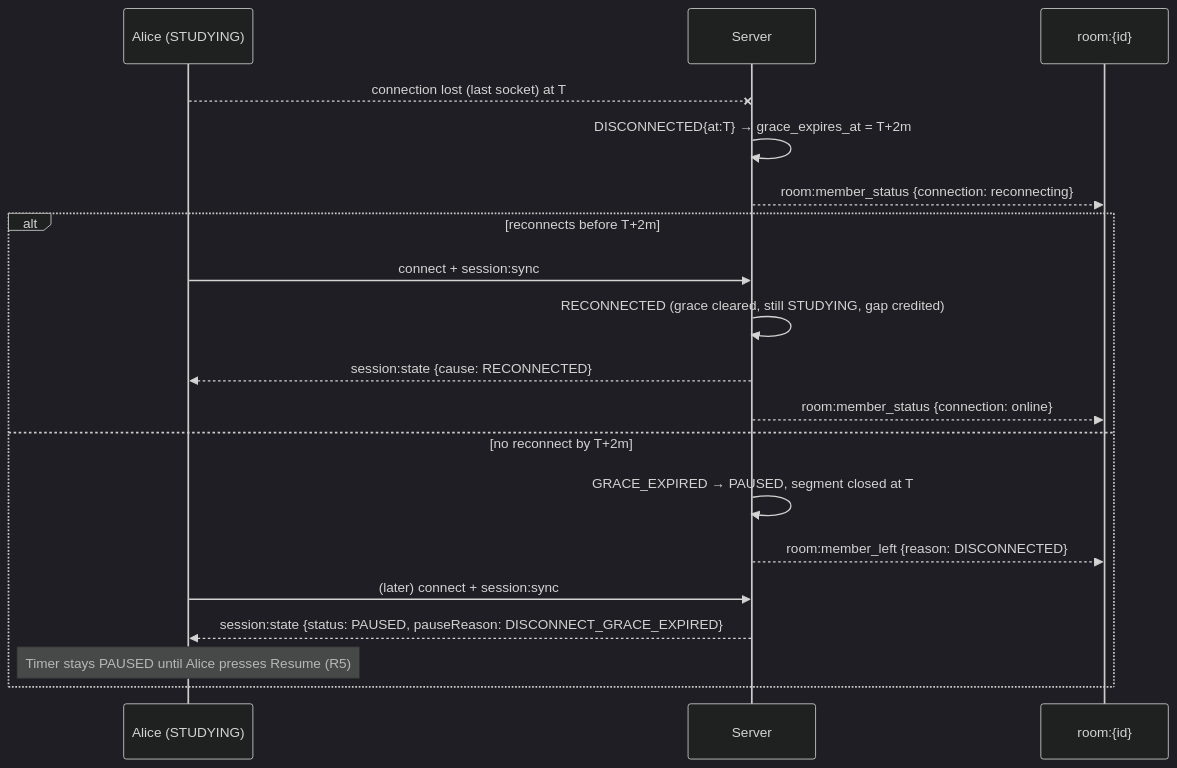
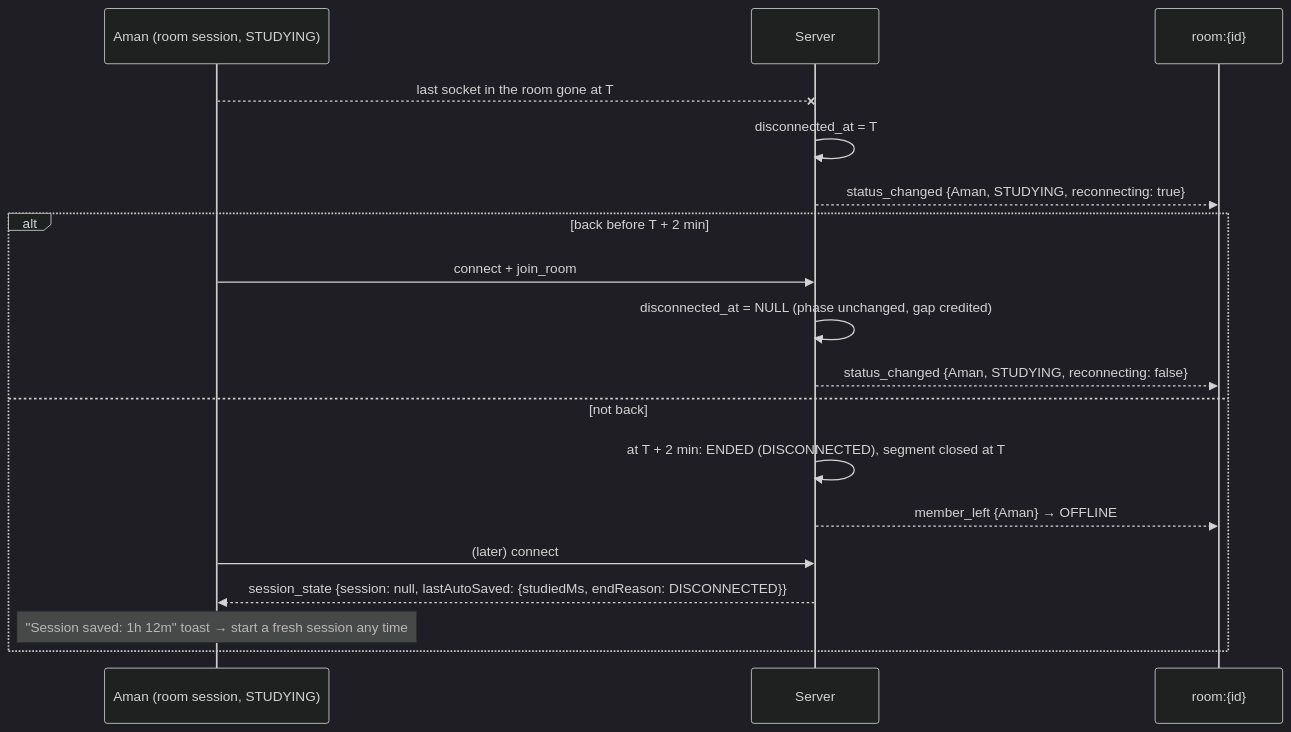
The fourth of 5 diagrams in API_DESIGN.md (Atharvaajain/StudySync), drawn with Mermaid (dark theme) before and after one commit. The commit also changed other lines of this file and 6 other files, not shown here.

````diff
--- a/API_DESIGN.md
+++ b/API_DESIGN.md
@@ -561,21 +390,20 @@
 ```mermaid
 sequenceDiagram
-  participant A as Alice (STUDYING)
+  participant A as Aman (room session, STUDYING)
   participant S as Server
   participant R as room:{id}
-  A--xS: connection lost (last socket) at T
-  S->>S: DISCONNECTED{at:T} → grace_expires_at = T+2m
-  S-->>R: room:member_status {connection: reconnecting}
-  alt reconnects before T+2m
-    A->>S: connect + session:sync
-    S->>S: RECONNECTED (grace cleared, still STUDYING, gap credited)
-    S-->>A: session:state {cause: RECONNECTED}
-    S-->>R: room:member_status {connection: online}
-  else no reconnect by T+2m
-    S->>S: GRACE_EXPIRED → PAUSED, segment closed at T
-    S-->>R: room:member_left {reason: DISCONNECTED}
-    A->>S: (later) connect + session:sync
-    S-->>A: session:state {status: PAUSED, pauseReason: DISCONNECT_GRACE_EXPIRED}
-    Note over A: Timer stays PAUSED until Alice presses Resume (R5)
+  A--xS: last socket in the room gone at T
+  S->>S: disconnected_at = T
+  S-->>R: status_changed {Aman, STUDYING, reconnecting: true}
+  alt back before T + 2 min
+    A->>S: connect + join_room
+    S->>S: disconnected_at = NULL (phase unchanged, gap credited)
+    S-->>R: status_changed {Aman, STUDYING, reconnecting: false}
+  else not back
+    S->>S: at T + 2 min: ENDED (DISCONNECTED), segment closed at T
+    S-->>R: member_left {Aman} → OFFLINE
+    A->>S: (later) connect
+    S-->>A: session_state {session: null, lastAutoSaved: {studiedMs, endReason: DISCONNECTED}}
+    Note over A: "Session saved: 1h 12m" toast → start a fresh session any time
   end
 ```
````
